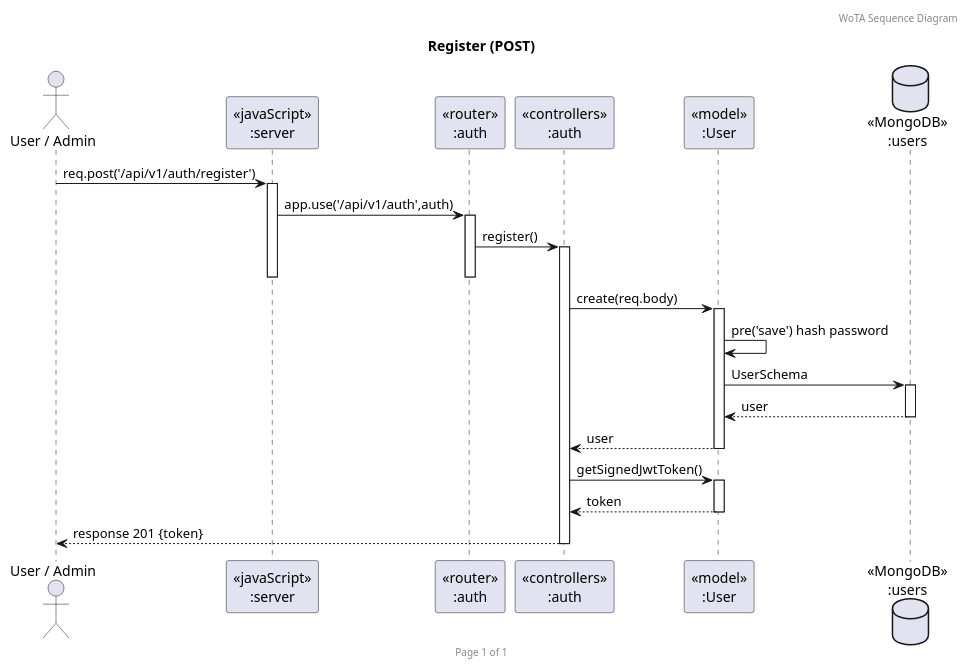
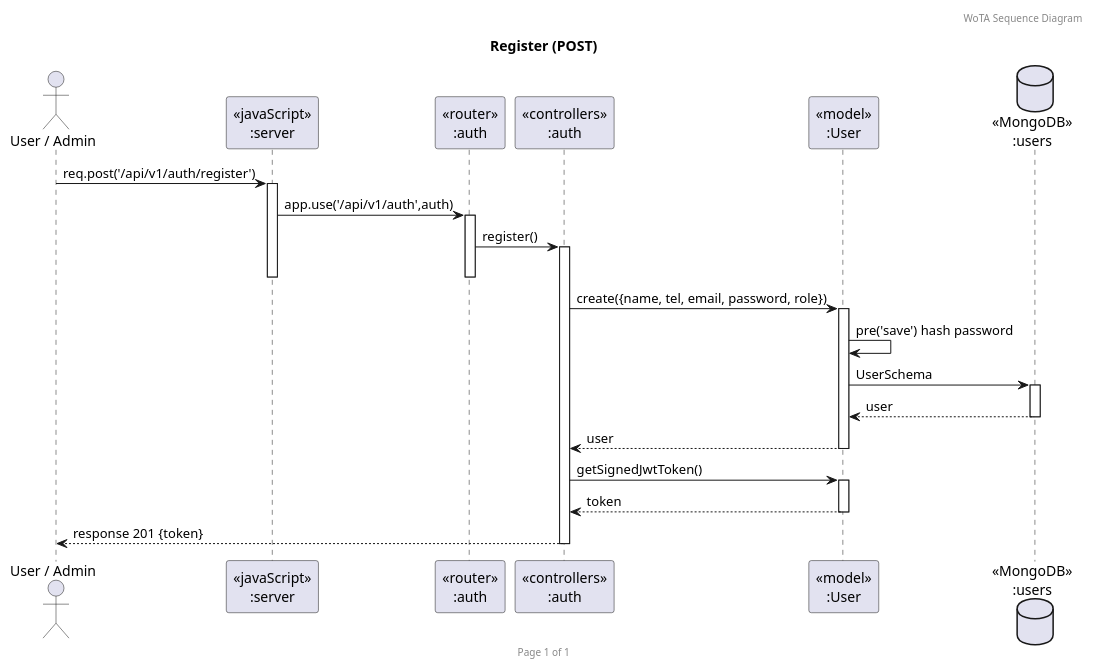
One commit to 6870044021/swpracticetermproject changed the first of 5 diagrams in VacQSequence.puml. Above: the diagram before and after it, drawn with PlantUML. The commit also changed 7 other files, not shown here.

First line of the commit message:
Update diagrams and add new HTML reports

```diff
--- a/VacQSequence.puml
+++ b/VacQSequence.puml
@@ -5,27 +5,27 @@
 @startuml WoTA_Sequence_Register
 header WoTA Sequence Diagram
 footer Page %page% of %lastpage%
 title "Register (POST)"
 
 actor "User / Admin" as client
 participant "<<javaScript>>\n:server" as server
 participant "<<router>>\n:auth" as routerAuth
 participant "<<controllers>>\n:auth" as controllersAuth
 participant "<<model>>\n:User" as modelUser
 database "<<MongoDB>>\n:users" as UsersDatabase
 
 client->server ++:req.post('/api/v1/auth/register')
 server->routerAuth ++:app.use('/api/v1/auth',auth)
 routerAuth->controllersAuth ++:register()
 deactivate routerAuth
 deactivate server
-controllersAuth->modelUser ++:create(req.body)
+controllersAuth->modelUser ++:create({name, tel, email, password, role})
 modelUser->modelUser :pre('save') hash password
 modelUser->UsersDatabase ++:UserSchema
 UsersDatabase-->modelUser --:user
 controllersAuth<--modelUser --:user
 controllersAuth->modelUser ++:getSignedJwtToken()
 controllersAuth<--modelUser --:token
 controllersAuth-->client --:response 201 {token}
 
 @enduml
```
